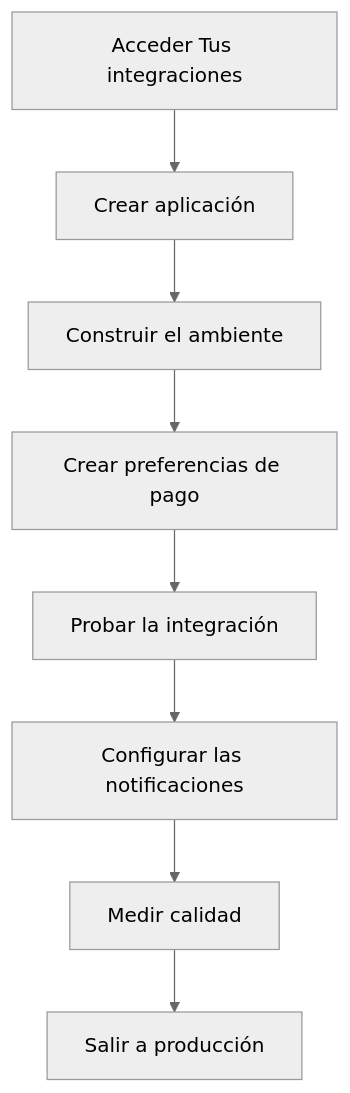
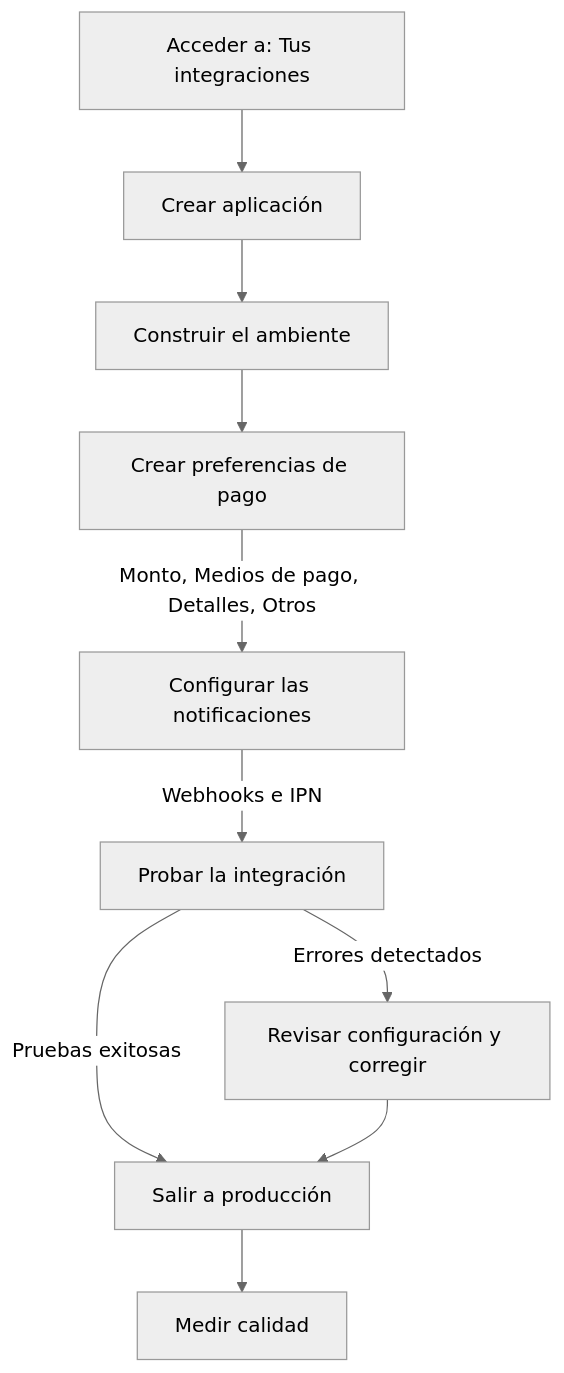
The diagram in guides/checkout-pro/overview.es.md (22Neves/devsite-docs), drawn with Mermaid (neutral theme) before and after one commit. The commit also changed 2 other files, not shown here.

Commit message:
cambios en español

```diff
--- a/guides/checkout-pro/overview.es.md
+++ b/guides/checkout-pro/overview.es.md
@@ -166,10 +166,12 @@
   <pre class="mermaid">
   flowchart TD
-      A[Acceder Tus integraciones] --> B[Crear aplicación]
-      B --> C[Construir el ambiente]
-      C --> D[Crear preferencias de pago]
-      D --> E[Probar la integración]
-      E --> F[Configurar las notificaciones]
-      F --> G[Medir calidad]
-      G --> H[Salir a producción]
+            A["Acceder a: Tus integraciones"] --> B["Crear aplicación"]
+            B --> C["Construir el ambiente"]
+            C --> D["Crear preferencias de pago"]
+            D -- Monto, Medios de pago, Detalles, Otros --> F["Configurar las notificaciones"]
+            F -- Webhooks e IPN --> E["Probar la integración"]
+            E -- Pruebas exitosas --> H["Salir a producción"]
+            E -- Errores detectados --> I["Revisar configuración y corregir"]
+            I --> H
+            H --> J["Medir calidad"]
   </pre>
```
